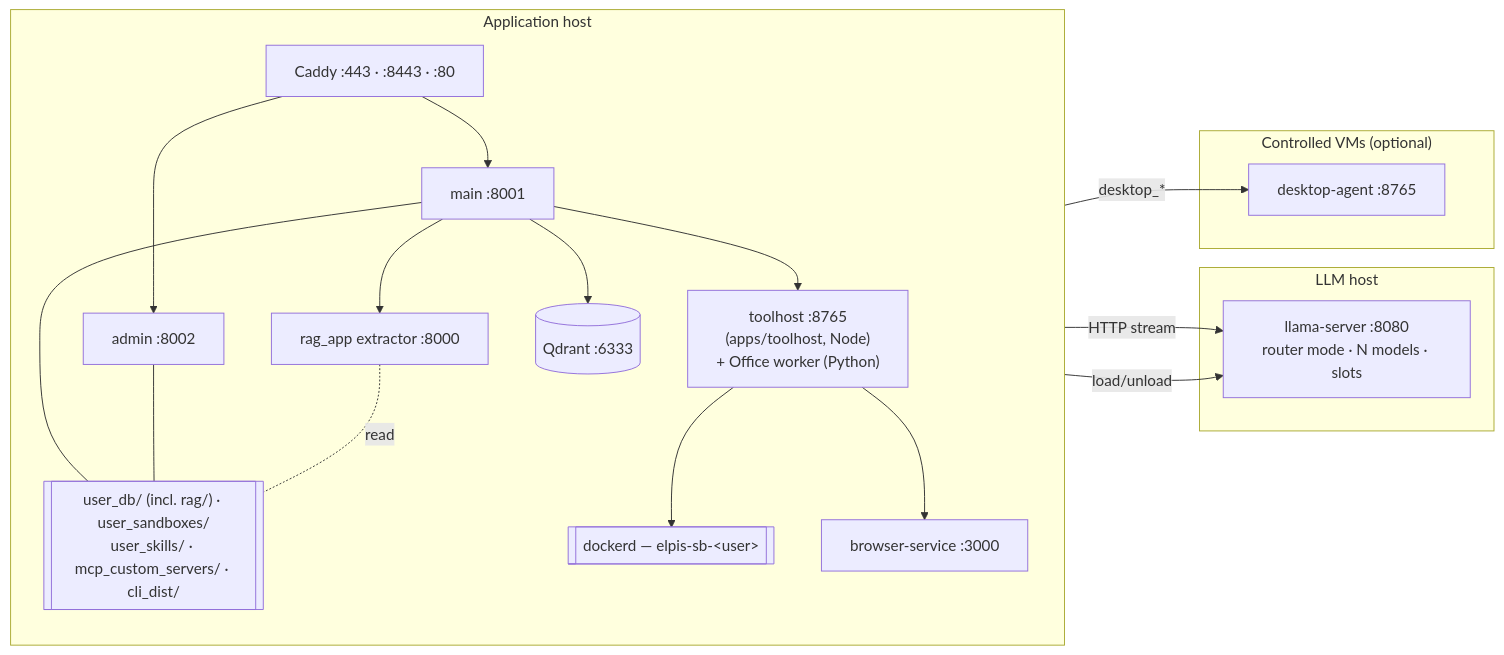
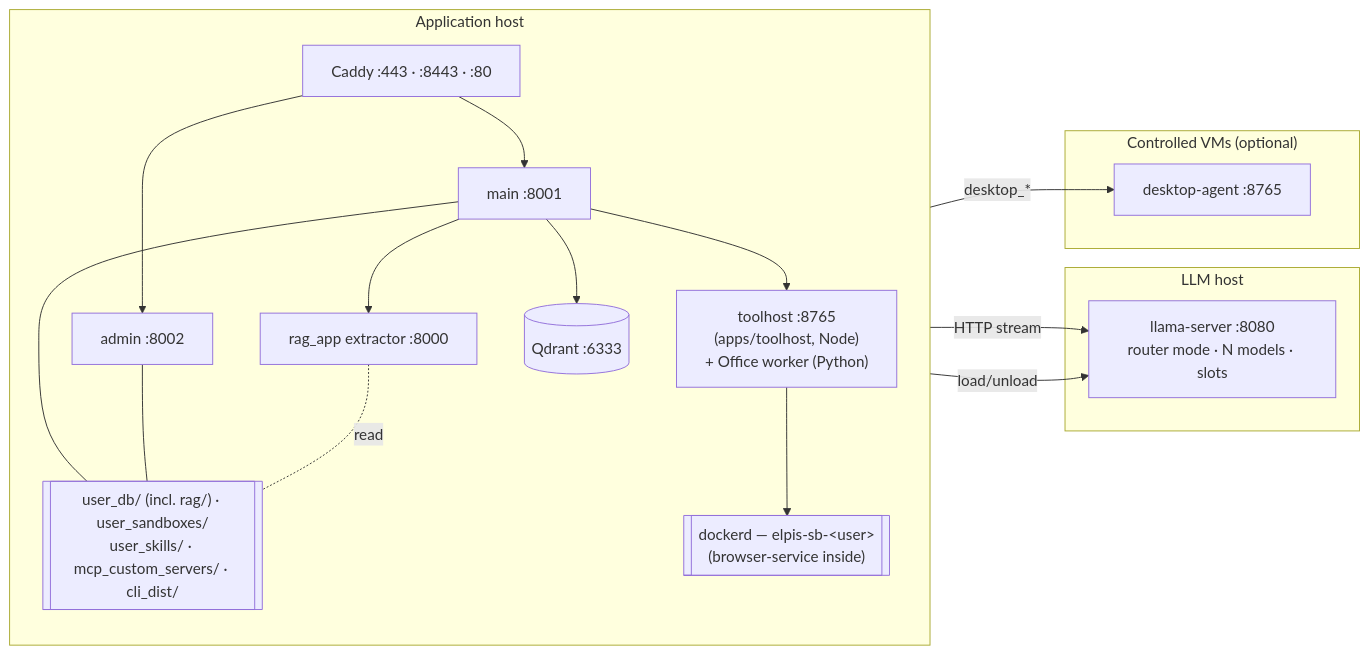
One commit to toto-fou/Elpis changed the second of 16 diagrams in docs/architecture.md. Above: the diagram before and after it, drawn with Mermaid. The commit also changed other lines of this file and 66 other files, not shown here.

````diff
--- a/docs/architecture.md
+++ b/docs/architecture.md
@@ -223,31 +223,29 @@
 ```mermaid
 flowchart LR
     subgraph host1["Application host"]
         direction TB
         c["Caddy :443 · :8443 · :80"]
         m["main :8001"]
         a["admin :8002"]
         s["toolhost :8765<br/>(apps/toolhost, Node)<br/>+ Office worker (Python)"]
-        b["browser-service :3000"]
         r["rag_app extractor :8000"]
         q[("Qdrant :6333")]
         d[["user_db/ (incl. rag/) · user_sandboxes/<br/>user_skills/ · mcp_custom_servers/ · cli_dist/"]]
-        dk[["dockerd — elpis-sb-&lt;user&gt;"]]
+        dk[["dockerd — elpis-sb-&lt;user&gt;<br/>(browser-service inside)"]]
         c --> m & a
         m --- d
         a --- d
         m --> s --> dk
-        s --> b
         m --> r & q
         r -. "read" .- d
     end
     subgraph host2["LLM host"]
         l["llama-server :8080<br/>router mode · N models · slots"]
     end
     subgraph host4["Controlled VMs (optional)"]
         ag["desktop-agent :8765"]
     end
     m -- HTTP stream --> l
     a -- "load/unload" --> l
     s -- "desktop_*" --> ag
 ```
````
